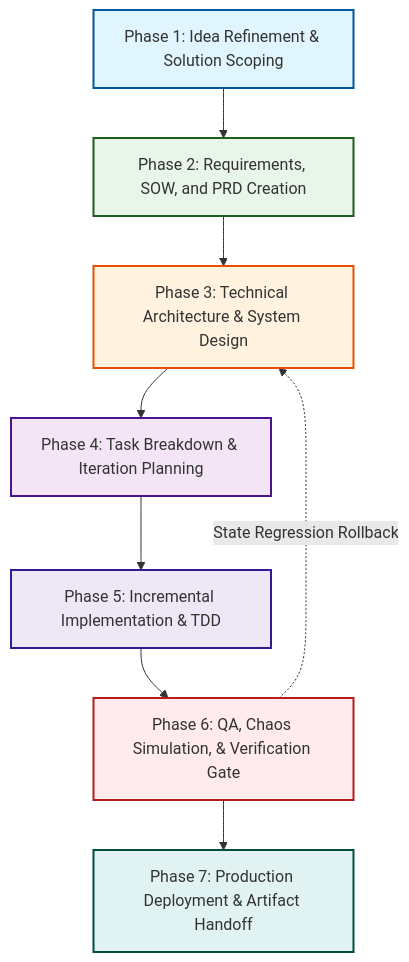
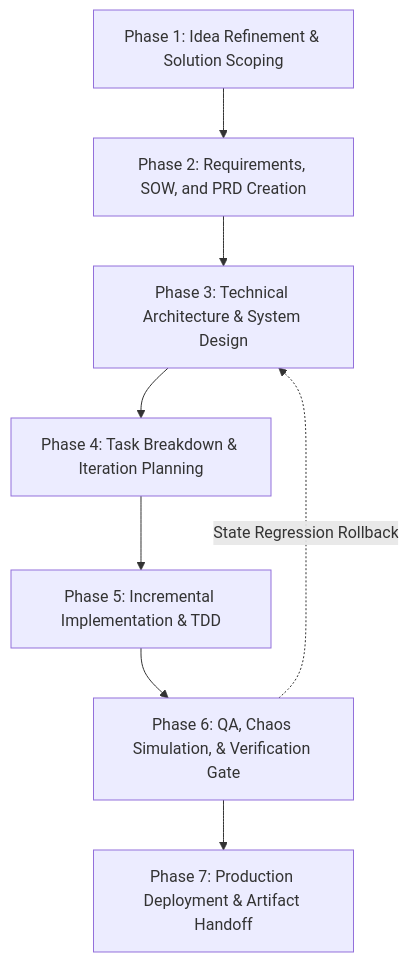
Before and after one commit to enriquekalven/delta-skills: the diagram in docs/e2e-delivery-workflow.md, drawn with Mermaid. The commit also changed other lines of this file and 25 other files, not shown here.

Commit message:
feat: expand meta-skills suite, add GCP architecture advisor, and update TDL user guide

````diff
--- a/docs/e2e-delivery-workflow.md
+++ b/docs/e2e-delivery-workflow.md
@@ -28,19 +26,11 @@
 ```mermaid
 graph TD
     A["Phase 1: Idea Refinement & Solution Scoping"] --> B["Phase 2: Requirements, SOW, and PRD Creation"]
     B --> C["Phase 3: Technical Architecture & System Design"]
     C --> D["Phase 4: Task Breakdown & Iteration Planning"]
     D --> E["Phase 5: Incremental Implementation & TDD"]
     E --> F["Phase 6: QA, Chaos Simulation, & Verification Gate"]
     F --> G["Phase 7: Production Deployment & Artifact Handoff"]
 
     F -. "State Regression Rollback" .-> C
-
-    style A fill:#e1f5fe,stroke:#01579b,stroke-width:2px
-    style B fill:#e8f5e9,stroke:#1b5e20,stroke-width:2px
-    style C fill:#fff3e0,stroke:#e65100,stroke-width:2px
-    style D fill:#f3e5f5,stroke:#4a148c,stroke-width:2px
-    style E fill:#ede7f6,stroke:#311b92,stroke-width:2px
-    style F fill:#ffebee,stroke:#b71c1c,stroke-width:2px
-    style G fill:#e0f2f1,stroke:#004d40,stroke-width:2px
 ```
````
